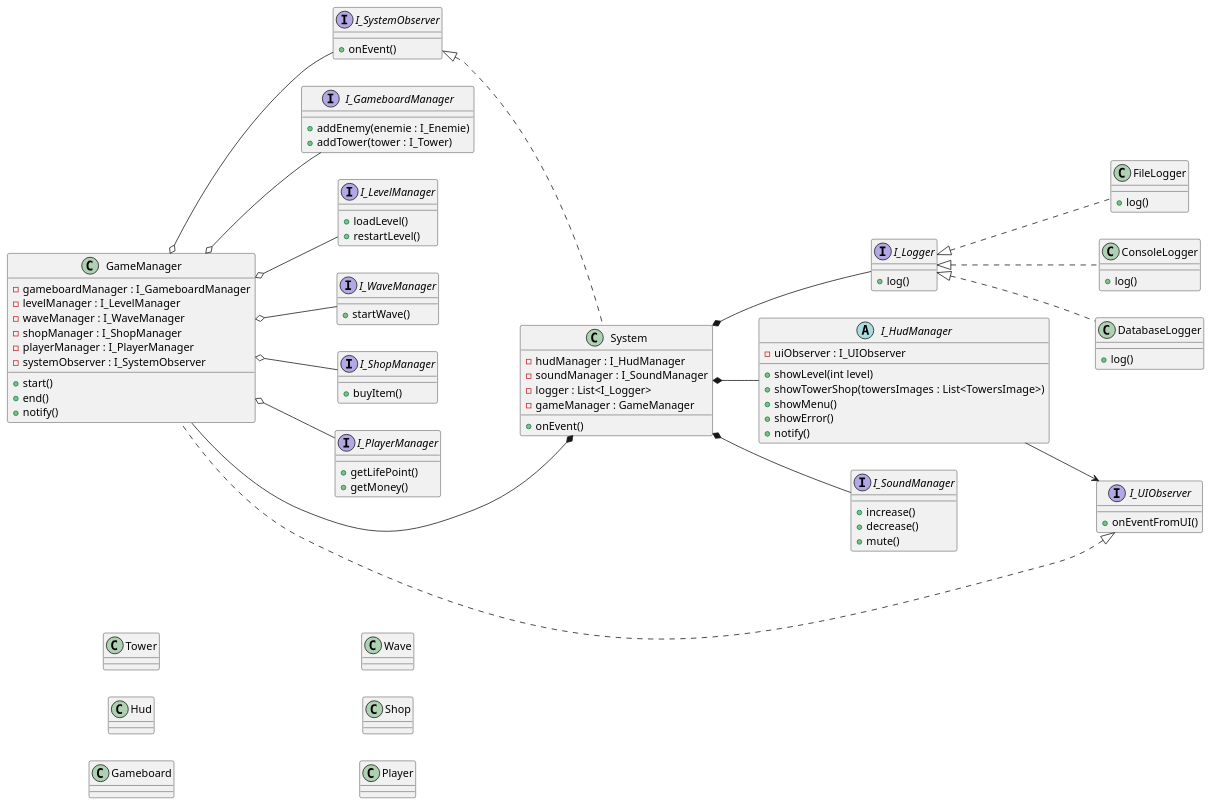
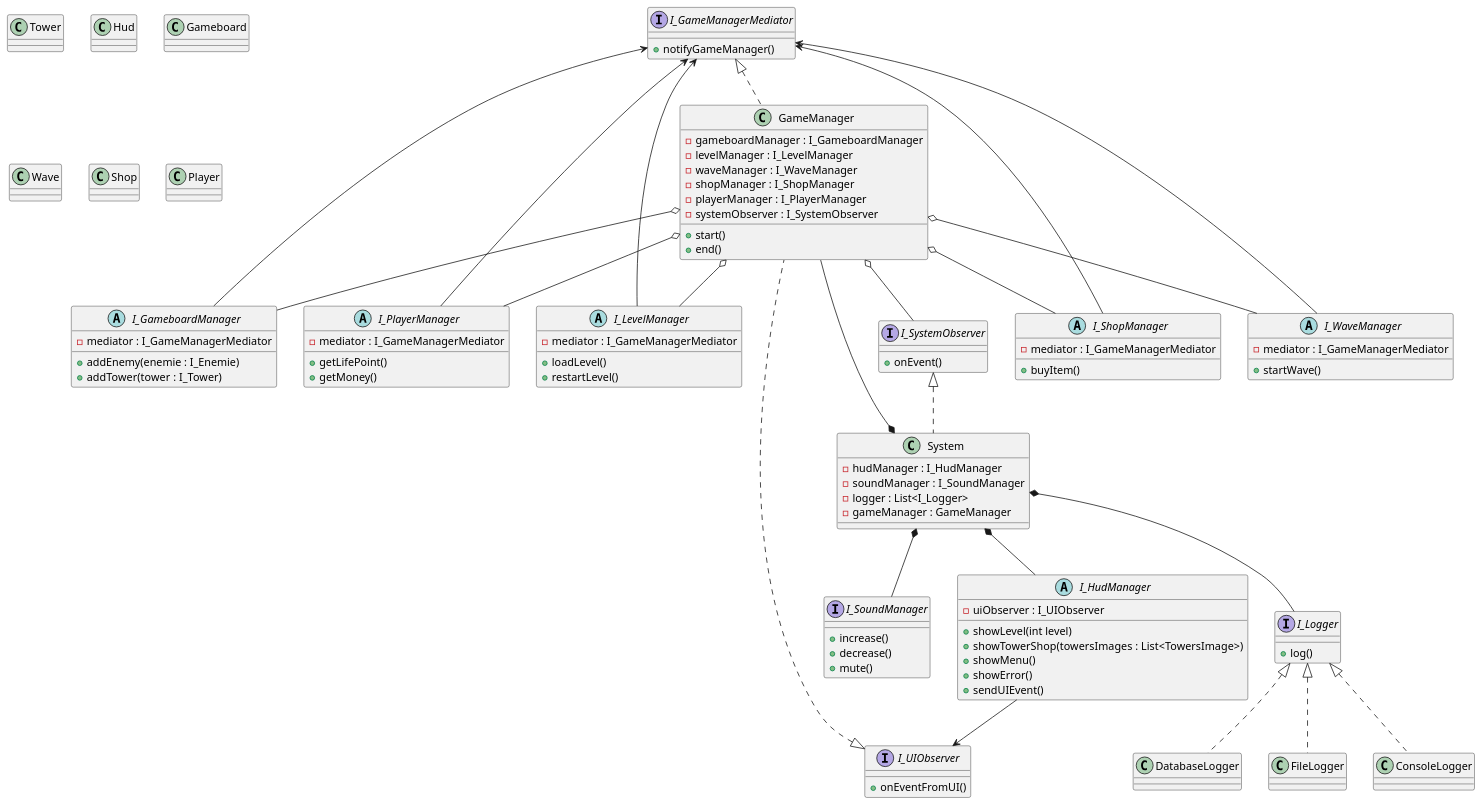
Before and after one commit to bobylatruffe/tower_defense: the diagram in uml.plantuml, drawn with PlantUML.

Commit message:
chore(uml): GameManager devient un mediator pour centraliser la communication entre les différents éléments du jeu

```diff
--- a/uml.plantuml
+++ b/uml.plantuml
@@ -1,130 +1,145 @@
 @startuml "tower_defense_uml"
 
-left to right direction
+/' left to right direction '/
+/' skinparam linetype ortho '/
+/' skinparam linetype polyline '/
 
-class GameManager implements I_UIObserver {
+class GameManager implements I_UIObserver, I_GameManagerMediator {
     - gameboardManager : I_GameboardManager
     - levelManager : I_LevelManager
     - waveManager : I_WaveManager
     - shopManager : I_ShopManager
     - playerManager : I_PlayerManager
     - systemObserver : I_SystemObserver
     + start()
     + end()
-    + notify()
 }
 
 class System implements I_SystemObserver {
     - hudManager : I_HudManager
     - soundManager : I_SoundManager
     - logger : List<I_Logger>
     - gameManager : GameManager
-    + onEvent()
 }
 
 interface I_Logger {
     + log()
 }
 
+
 class FileLogger implements I_Logger {
-    + log()
 }
 
 class ConsoleLogger implements I_Logger {
-    + log()
 }
 
 class DatabaseLogger implements I_Logger {
-    + log()
 }
 
 ' note left of GameManager
 '     Orchestre le cycle de vie du jeu en
 '     coordonnant les différents gestionnaires
 '     nécessaires au fonctionnement du TowerDefense.
 ' end note
 
-interface I_GameboardManager {
+abstract class I_GameboardManager  {
+    - mediator : I_GameManagerMediator
     + addEnemy(enemie : I_Enemie)
     + addTower(tower : I_Tower)
 }
 
-interface I_LevelManager {
+abstract class I_LevelManager  {
+    - mediator : I_GameManagerMediator
     + loadLevel()
     + restartLevel()
 }
 
-interface I_WaveManager {
+abstract class I_WaveManager  {
+    - mediator : I_GameManagerMediator
     + startWave()
 }
 
-interface I_ShopManager {
+abstract class I_ShopManager   {
+    - mediator : I_GameManagerMediator
     + buyItem()
+}
+
+abstract class I_PlayerManager  {
+    - mediator : I_GameManagerMediator
+    + getLifePoint()
+    + getMoney()
 }
 
 abstract class I_HudManager {
     - uiObserver : I_UIObserver
     + showLevel(int level)
     + showTowerShop(towersImages : List<TowersImage>)
     + showMenu()
     + showError()
-    + notify()
+    + sendUIEvent()
 }
 
 interface I_SoundManager {
     + increase()
     + decrease()
     + mute()
 }
 
-interface I_PlayerManager {
-    + getLifePoint()
-    + getMoney()
-}
-
 interface I_SystemObserver {
     + onEvent()
 }
 
 interface I_UIObserver {
     + onEventFromUI()
+}
+
+interface I_GameManagerMediator {
+    + notifyGameManager()
 }
 
 GameManager o-- I_GameboardManager
 GameManager o-- I_LevelManager
 GameManager o-- I_WaveManager
 GameManager o-- I_ShopManager
 GameManager o-- I_PlayerManager
 GameManager o-- I_SystemObserver
 
 System *-- I_HudManager
 System *-- I_SoundManager
 System *-- I_Logger
 System *-- GameManager
 
 I_HudManager --> I_UIObserver
+
+
+I_GameManagerMediator <-- I_GameboardManager
+I_GameManagerMediator <-- I_LevelManager
+I_GameManagerMediator <-- I_PlayerManager
+I_GameManagerMediator <-- I_WaveManager
+I_GameManagerMediator <-- I_ShopManager
+
 
 class Tower {
 
 }
 
 class Hud {
 
 }
 
 class Gameboard {
 
 }
 
 class Wave {
 
 }
 
 class Shop {
 
 }
 
 class Player {
 
 }
 @enduml
```
